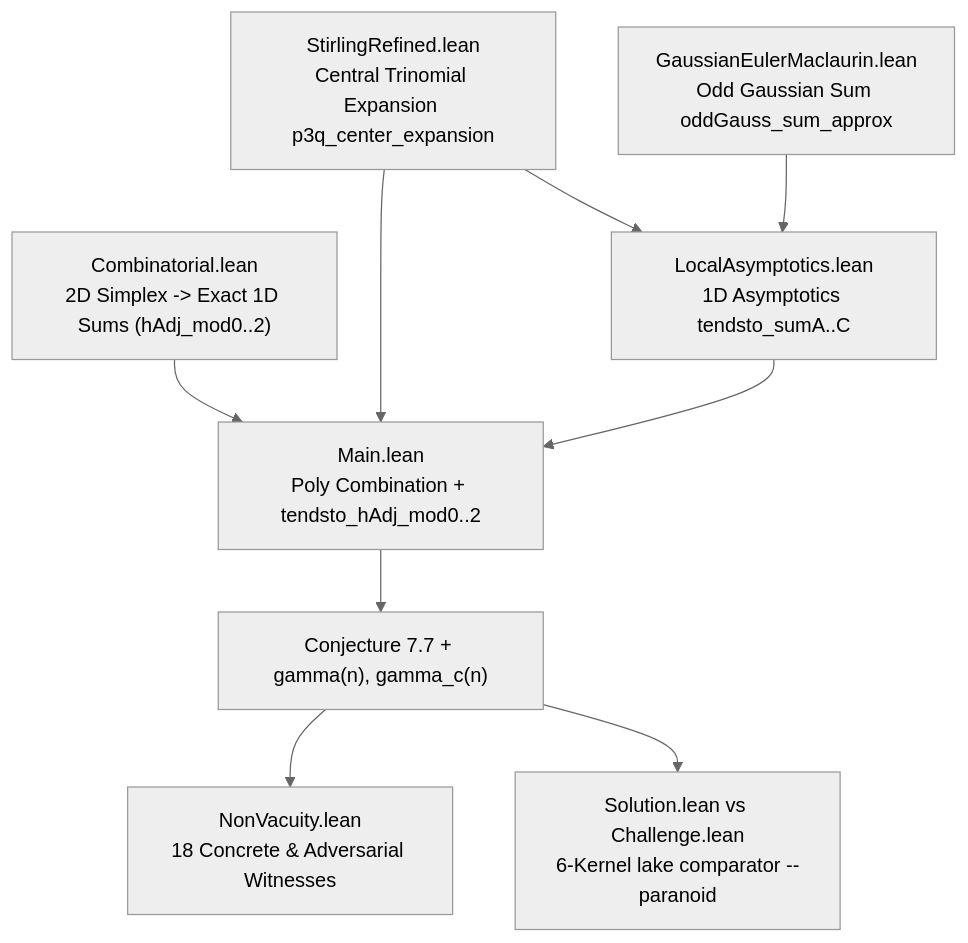
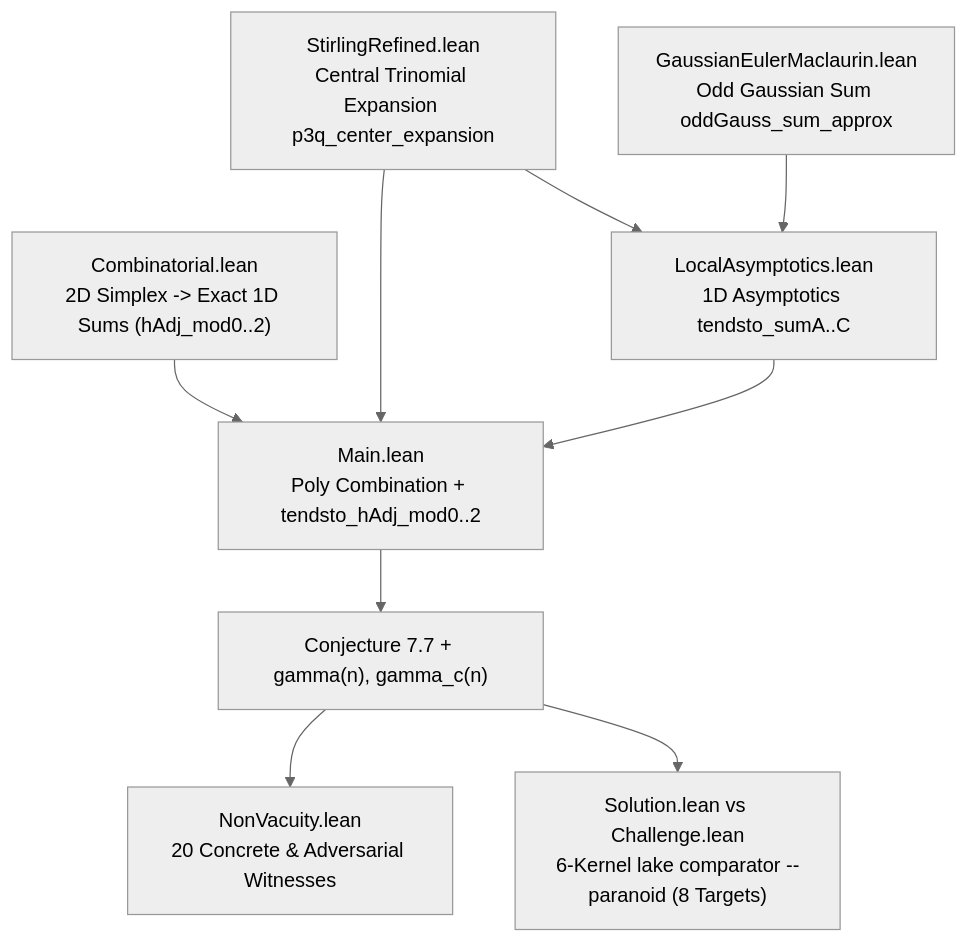
One commit to 0thernes/multinomial-tv-conjecture changed the diagram in docs/architecture.md. Above: the diagram before and after it, drawn with Mermaid (neutral theme). The commit also changed other lines of this file and 48 other files, not shown here.

Commit message:
release: v2.3.0 — Mathlib style linters (0 warnings), formal Corollary 1.2(iii) across 8 6-kernel targets (730 audited theorems, 20 NonVacuity witnesses), strict CSP/SRI, SHA-256 osv-scanner v2.7.1, and R4 hardening

````diff
--- a/docs/architecture.md
+++ b/docs/architecture.md
@@ -7,11 +7,11 @@
 ```mermaid
 flowchart TD
     A["Combinatorial.lean<br/>2D Simplex -> Exact 1D Sums (hAdj_mod0..2)"] --> E["Main.lean<br/>Poly Combination + tendsto_hAdj_mod0..2"]
     B["StirlingRefined.lean<br/>Central Trinomial Expansion p3q_center_expansion"] --> E
     C["GaussianEulerMaclaurin.lean<br/>Odd Gaussian Sum oddGauss_sum_approx"] --> D["LocalAsymptotics.lean<br/>1D Asymptotics tendsto_sumA..C"]
     B --> D
     D --> E
     E --> F["Conjecture 7.7 + gamma(n), gamma_c(n)"]
-    F --> G["NonVacuity.lean<br/>18 Concrete & Adversarial Witnesses"]
-    F --> H["Solution.lean vs Challenge.lean<br/>6-Kernel lake comparator --paranoid"]
+    F --> G["NonVacuity.lean<br/>20 Concrete & Adversarial Witnesses"]
+    F --> H["Solution.lean vs Challenge.lean<br/>6-Kernel lake comparator --paranoid (8 Targets)"]
 ```
````
